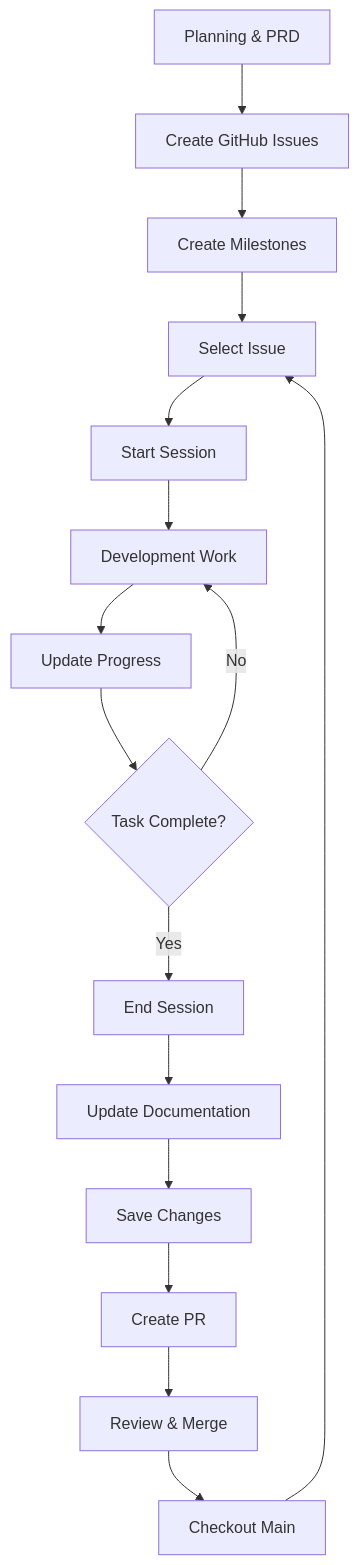
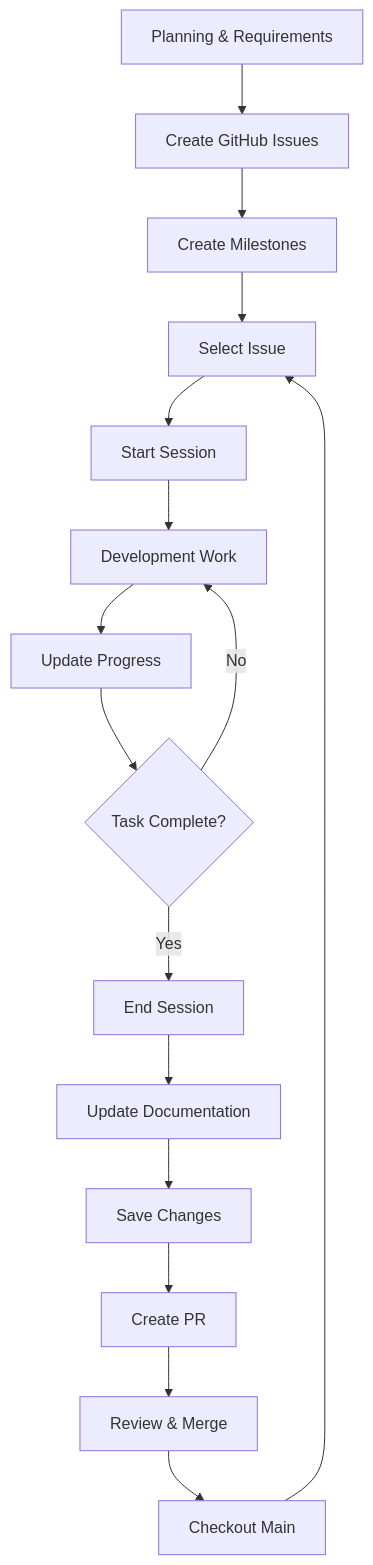
One commit to merkos-302/living-with-the-rebbe changed the diagram in docs/CLAUDE-CODE-WORKFLOW.md. Above: the diagram before and after it, drawn with Mermaid. The commit also changed other lines of this file, not shown here.

````diff
--- a/docs/CLAUDE-CODE-WORKFLOW.md
+++ b/docs/CLAUDE-CODE-WORKFLOW.md
@@ -109,18 +99,18 @@
 ```mermaid
 graph TD
-    A[Planning & PRD] --> B[Create GitHub Issues]
+    A[Planning & Requirements] --> B[Create GitHub Issues]
     B --> C[Create Milestones]
     C --> D[Select Issue]
     D --> E[Start Session]
     E --> F[Development Work]
     F --> G[Update Progress]
     G --> H{Task Complete?}
     H -->|No| F
     H -->|Yes| I[End Session]
     I --> J[Update Documentation]
     J --> K[Save Changes]
     K --> L[Create PR]
     L --> M[Review & Merge]
     M --> N[Checkout Main]
     N --> D
 ```
````
